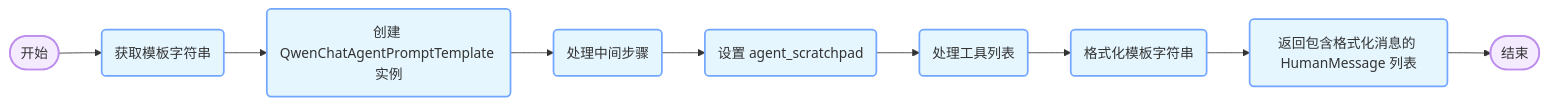
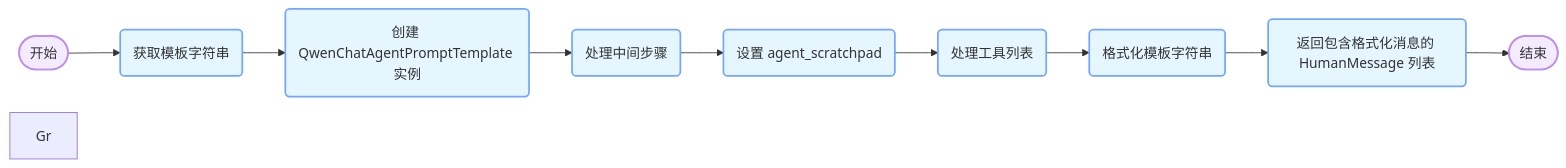
The diagram in all/未命名-2.md (sdgixfg/iodraw-files), drawn with Mermaid before and after one commit.

Commit message:
2025-05-24 14:42:51 update

````diff
--- a/all/未命名-2.md
+++ b/all/未命名-2.md
@@ -1,18 +1,18 @@
 ```mermaid
 graph LR
     classDef startend fill:#F5EBFF,stroke:#BE8FED,stroke-width:2px
     classDef process fill:#E5F6FF,stroke:#73A6FF,stroke-width:2px
     classDef decision fill:#FFF6CC,stroke:#FFBC52,stroke-width:2px
     
-    A([开始]):::startend --> 
-      E(获取模板字符串):::process
+    A([开始]):::startend --> E(获取模板字符串):::process
     
     E --> F(创建 QwenChatAgentPromptTemplate 实例):::process
     F --> G(处理中间步骤):::process
     G --> H(设置 agent_scratchpad):::process
     H --> J(处理工具列表):::process
     %% I --> J(创建工具名称列表):::process
+Gr
     J --> K(格式化模板字符串):::process
     K --> L(返回包含格式化消息的 HumanMessage 列表):::process
     L --> M([结束]):::startend
 ```
````
